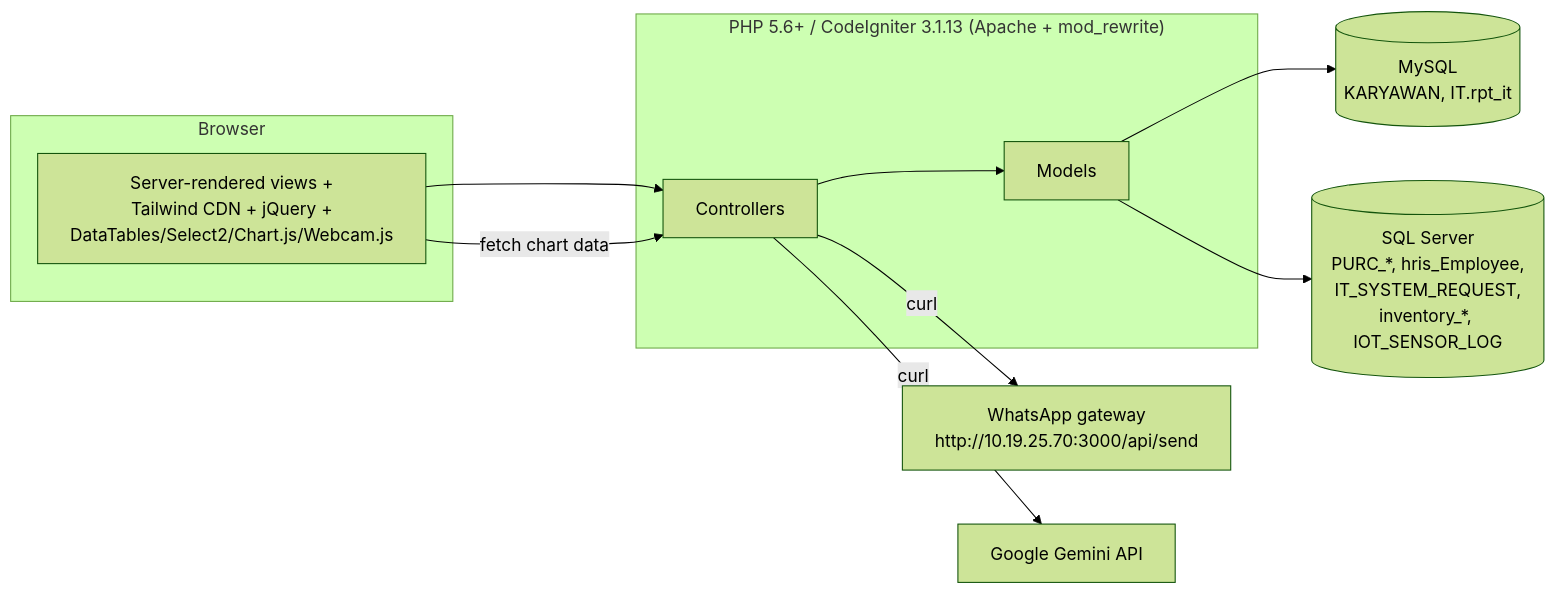
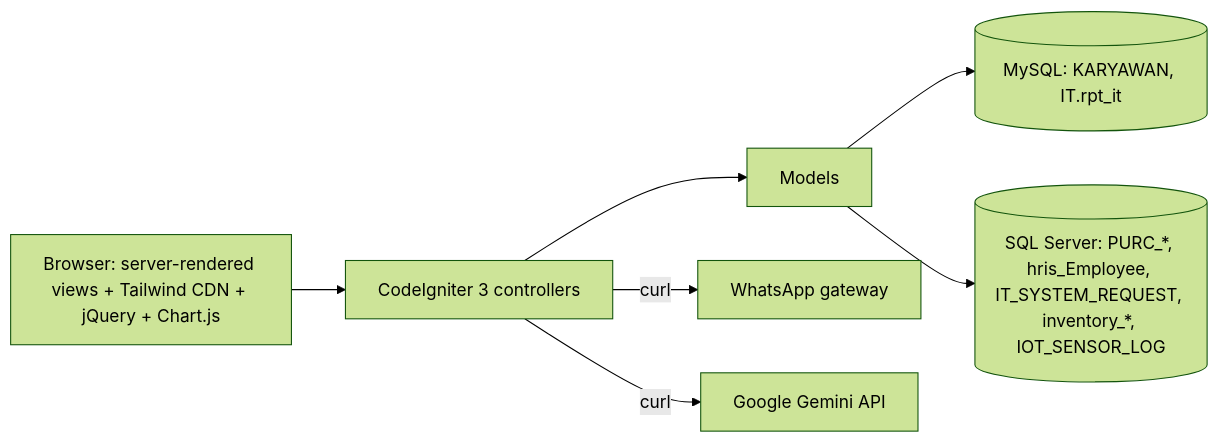
Before and after one commit to HidayahMF/ITSupport: the diagram in README.md, drawn with Mermaid (forest theme). The commit also changed other lines of this file and 20 other files, not shown here.

````diff
--- a/README.md
+++ b/README.md
@@ -130,25 +94,16 @@
 ```mermaid
 flowchart LR
-    subgraph Browser
-        VIEWS[Server-rendered views +\nTailwind CDN + jQuery +\nDataTables/Select2/Chart.js/Webcam.js]
-    end
-
-    subgraph "PHP 5.6+ / CodeIgniter 3.1.13 (Apache + mod_rewrite)"
-        CTRL[Controllers]
-        MODELS[Models]
-    end
-
-    DB_MYSQL[(MySQL\nKARYAWAN, IT.rpt_it)]
-    DB_SQLS[(SQL Server\nPURC_*, hris_Employee,\nIT_SYSTEM_REQUEST,\ninventory_*, IOT_SENSOR_LOG)]
-
-    WA_EXT[WhatsApp gateway\nhttp://10.19.25.70:3000/api/send]
+    BROWSER[Browser: server-rendered views + Tailwind CDN + jQuery + Chart.js]
+    CTRL[CodeIgniter 3 controllers]
+    MODELS[Models]
+    MYSQL[(MySQL: KARYAWAN, IT.rpt_it)]
+    SQLS[(SQL Server: PURC_*, hris_Employee, IT_SYSTEM_REQUEST, inventory_*, IOT_SENSOR_LOG)]
+    WA[WhatsApp gateway]
     GEMINI[Google Gemini API]
 
-    VIEWS --> CTRL
-    CTRL --> MODELS
-    MODELS --> DB_MYSQL
-    MODELS --> DB_SQLS
-    CTRL -->|curl| WA_EXT
+    BROWSER --> CTRL --> MODELS
+    MODELS --> MYSQL
+    MODELS --> SQLS
+    CTRL -->|curl| WA
     CTRL -->|curl| GEMINI
-    VIEWS -->|fetch chart data| CTRL
 ```
````
